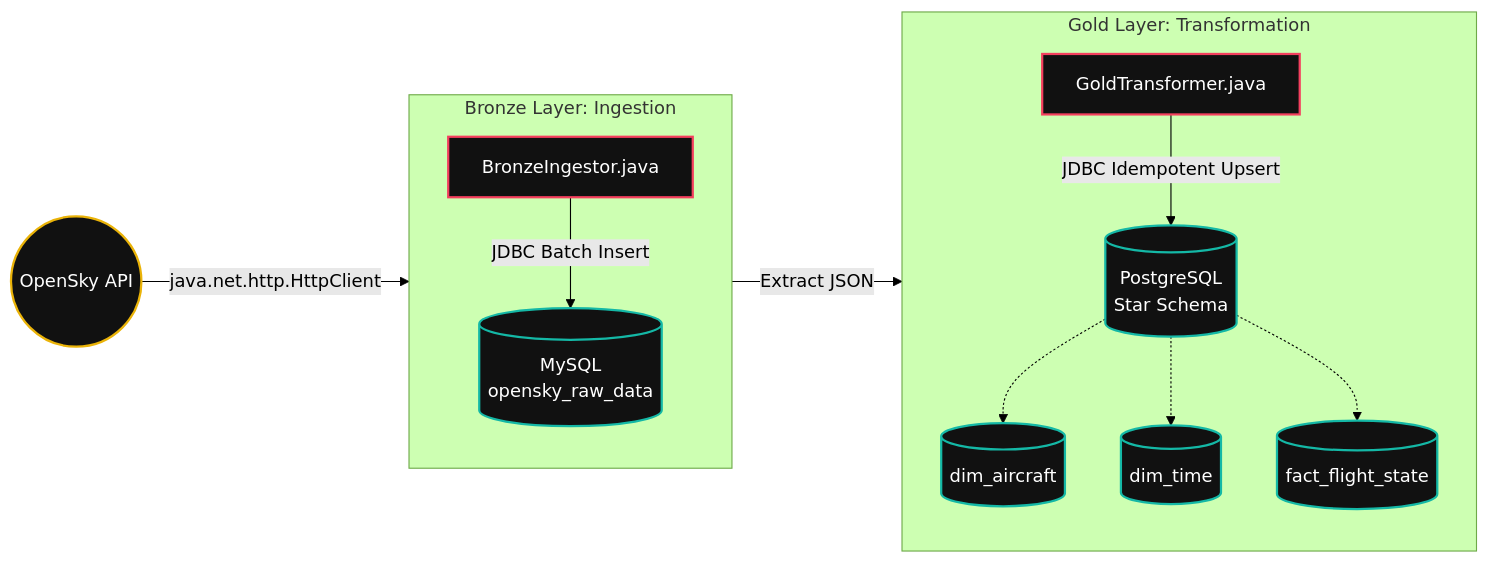
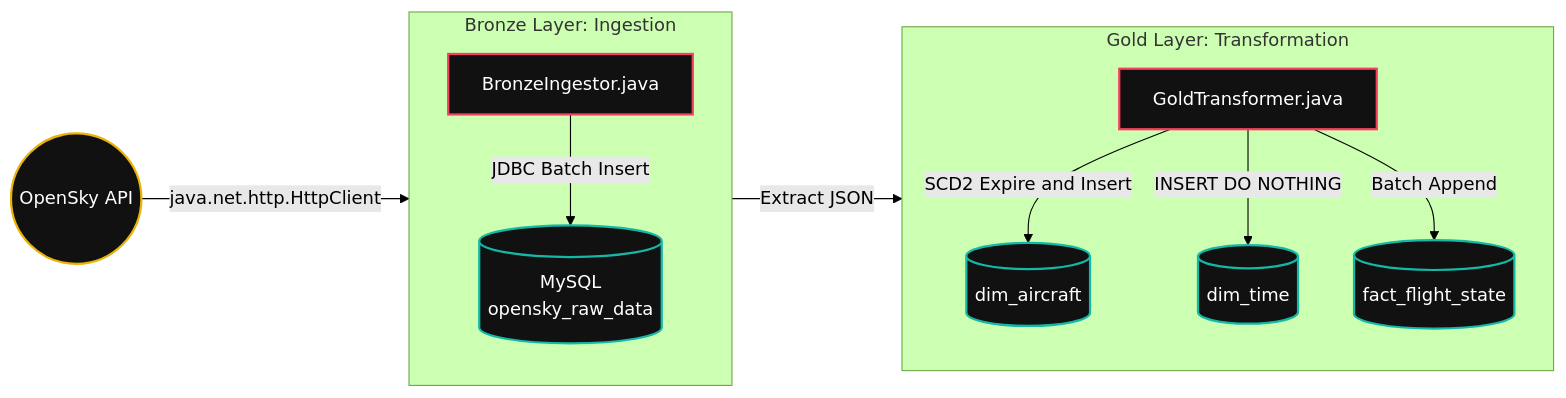
One commit to sflugum/aviation-pipeline changed the diagram in README.md. Above: the diagram before and after it, drawn with Mermaid (forest theme). The commit also changed other lines of this file and 5 other files, not shown here.

````diff
--- a/README.md
+++ b/README.md
@@ -13,35 +13,33 @@
 ```mermaid
 flowchart LR
     API((OpenSky API)) -- " java.net.http.HttpClient " --> Bronze
 
     subgraph Bronze [Bronze Layer: Ingestion]
         direction TB
         Java1[BronzeIngestor.java] -- " JDBC Batch Insert " --> MySQL[(MySQL<br/>opensky_raw_data)]
     end
 
     MySQL -- " Extract JSON " --> Gold
 
     subgraph Gold [Gold Layer: Transformation]
         direction TB
-        Java2[GoldTransformer.java] -- " JDBC Idempotent Upsert " --> Postgres[(PostgreSQL<br/>Star Schema)]
-    
-    %% Database internal structure
-      Postgres -.-> dim_aircraft[(dim_aircraft)]
-      Postgres -.-> dim_time[(dim_time)]
-      Postgres -.-> fact_flight_state[(fact_flight_state)]
+        Java2[GoldTransformer.java]
+
+        Java2 -- " SCD2 Expire and Insert " --> dim_aircraft[(dim_aircraft)]
+        Java2 -- " INSERT DO NOTHING " --> dim_time[(dim_time)]
+        Java2 -- " Batch Append " --> fact_flight_state[(fact_flight_state)]
     end
 
 %% Styling
-  classDef javaApp fill:#111111,stroke:#f43f5e,stroke-width:2px,color:#ffffff;
-  classDef database fill:#111111,stroke:#14b8a6,stroke-width:2px,color:#ffffff;
-  classDef api fill:#111111,stroke:#eab308,stroke-width:2px,color:#ffffff;
+    classDef javaApp fill:#111111,stroke:#f43f5e,stroke-width:2px,color:#ffffff;
+    classDef database fill:#111111,stroke:#14b8a6,stroke-width:2px,color:#ffffff;
+    classDef api fill:#111111,stroke:#eab308,stroke-width:2px,color:#ffffff;
 
-  class Java1 javaApp;
-  class Java2 javaApp;
-  class MySQL database;
-  class Postgres database;
-  class dim_aircraft database;
-  class dim_time database;
-  class fact_flight_state database;
-  class API api;
+    class Java1 javaApp;
+    class Java2 javaApp;
+    class MySQL database;
+    class dim_aircraft database;
+    class dim_time database;
+    class fact_flight_state database;
+    class API api;
 ```
````
